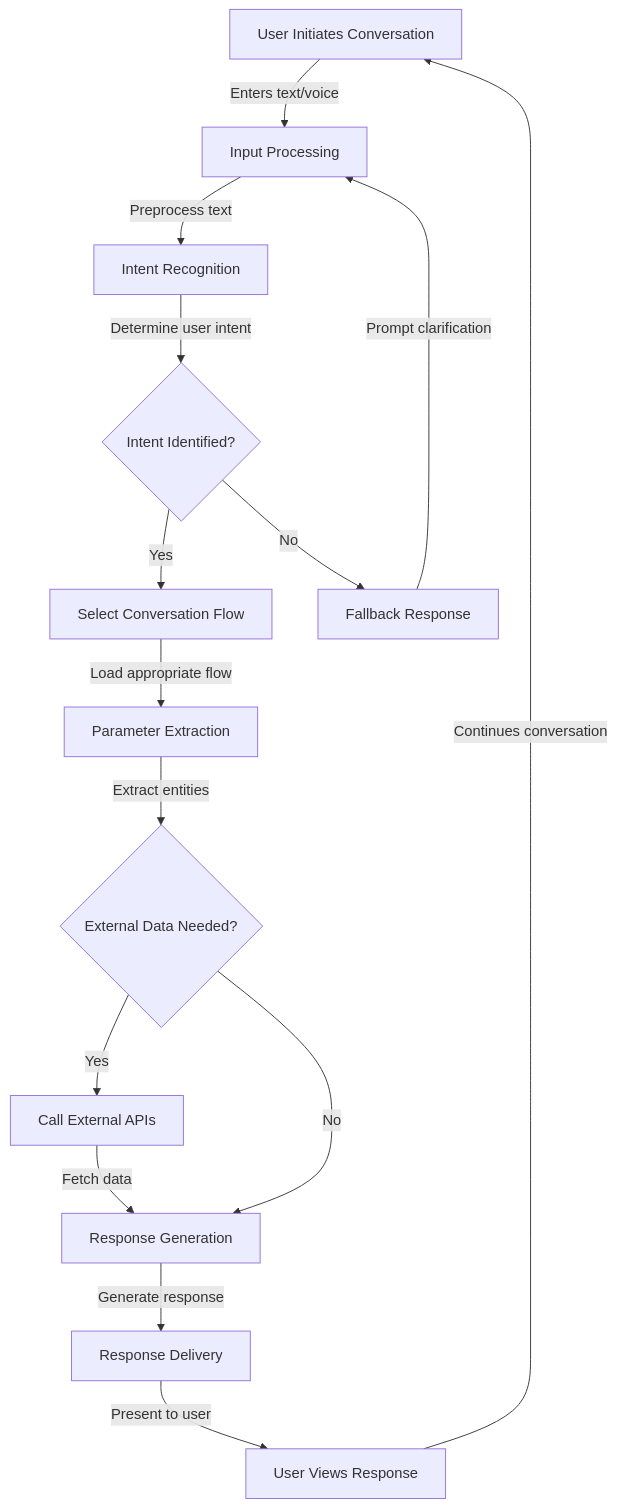
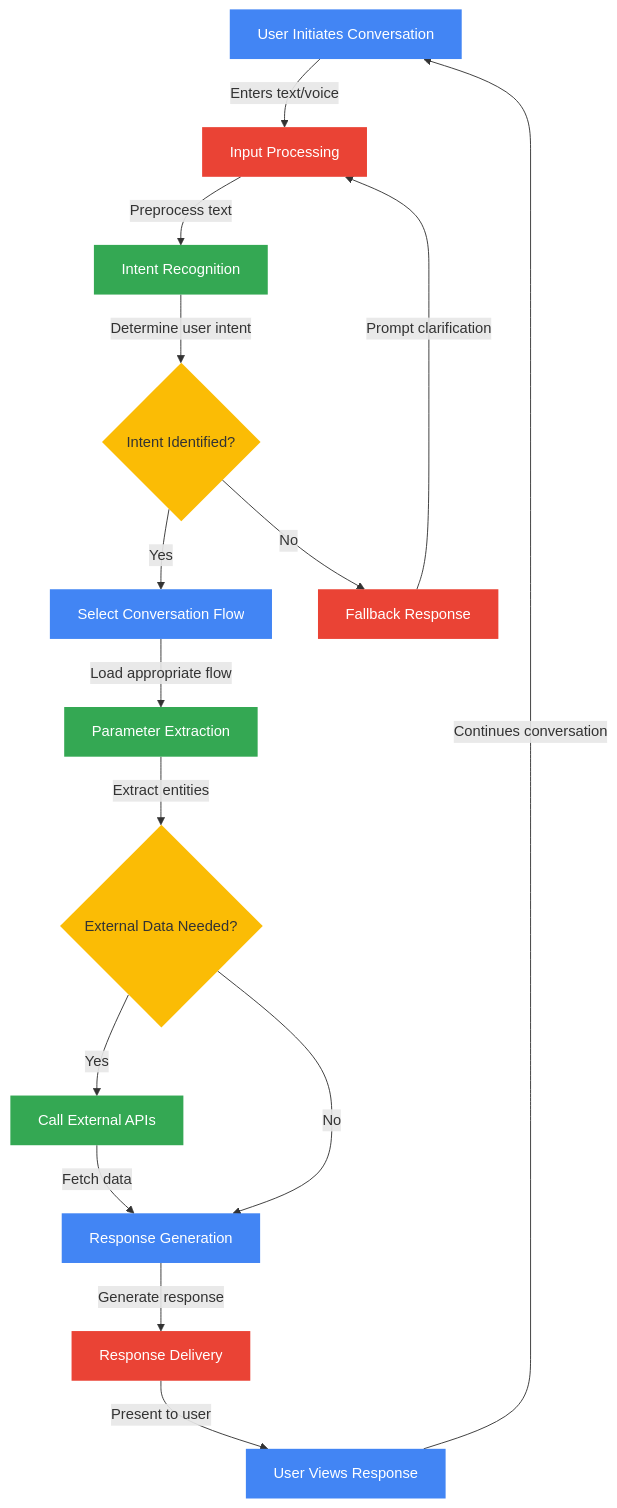
The first of 6 diagrams in README.md (koradiaishita/herkey-chatbot), drawn with Mermaid before and after one commit. The commit also changed other lines of this file, not shown here.

Commit message:
Enhanced diagrams with Google brand color palette

````diff
--- a/README.md
+++ b/README.md
@@ -22,17 +22,29 @@
 ```mermaid
 flowchart TD
+    %% Google Brand Colors
+    classDef googleBlue fill:#4285F4,color:white,stroke:none
+    classDef googleRed fill:#EA4335,color:white,stroke:none
+    classDef googleYellow fill:#FBBC05,color:#333,stroke:none
+    classDef googleGreen fill:#34A853,color:white,stroke:none
+
     A[User Initiates Conversation] -->|Enters text/voice| B[Input Processing]
     B -->|Preprocess text| C[Intent Recognition]
     C -->|Determine user intent| D{Intent Identified?}
     D -->|Yes| E[Select Conversation Flow]
     D -->|No| F[Fallback Response]
     F -->|Prompt clarification| B
     E -->|Load appropriate flow| G[Parameter Extraction]
     G -->|Extract entities| H{External Data Needed?}
     H -->|Yes| I[Call External APIs]
     I -->|Fetch data| J[Response Generation]
     H -->|No| J
     J -->|Generate response| K[Response Delivery]
     K -->|Present to user| L[User Views Response]
     L -->|Continues conversation| A
+
+    %% Apply Google Brand Colors
+    class A,E,J,L googleBlue
+    class B,F,K googleRed
+    class C,G,I googleGreen
+    class D,H googleYellow
 ```
````
